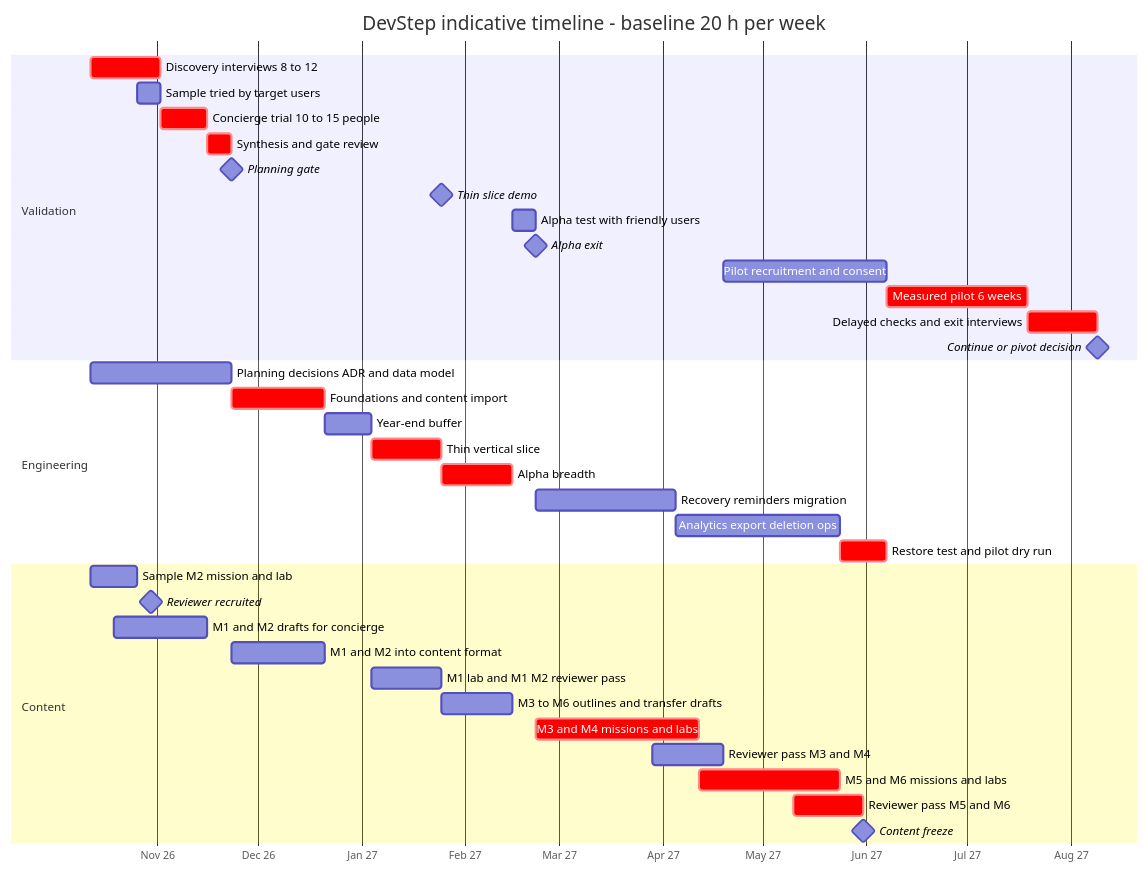
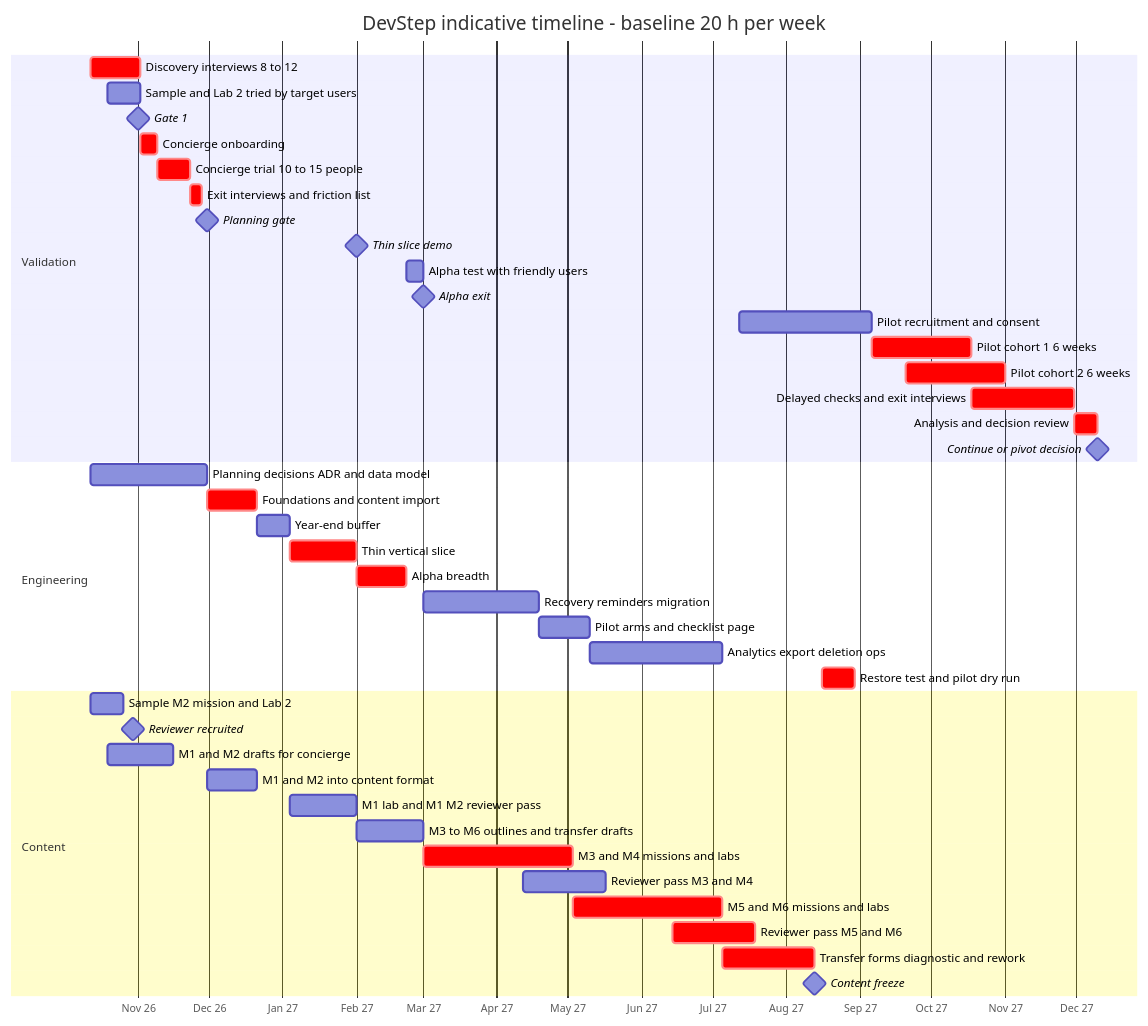
One commit to GhanshyamSoni68/app_idea changed the first of 2 diagrams in devstep/docs/12-delivery-plan.md. Above: the diagram before and after it, drawn with Mermaid. The commit also changed other lines of this file and 8 other files, not shown here.

First line of the commit message:
Apply cross-review rulings to planning docs (in progress)

````diff
--- a/devstep/docs/12-delivery-plan.md
+++ b/devstep/docs/12-delivery-plan.md
@@ -196,43 +195,49 @@
 ```mermaid
 gantt
     title DevStep indicative timeline - baseline 20 h per week
     dateFormat YYYY-MM-DD
     axisFormat %b %y
 
     section Validation
     Discovery interviews 8 to 12          :crit, v1, 2026-10-12, 21d
-    Sample tried by target users          :v2, 2026-10-26, 7d
-    Concierge trial 10 to 15 people       :crit, v3, 2026-11-02, 14d
-    Synthesis and gate review             :crit, v4, after v3, 7d
-    Planning gate                         :milestone, m1, 2026-11-23, 0d
-    Thin slice demo                       :milestone, m2, 2027-01-25, 0d
-    Alpha test with friendly users        :v5, 2027-02-15, 7d
-    Alpha exit                            :milestone, m3, 2027-02-22, 0d
-    Pilot recruitment and consent         :v6, 2027-04-19, 49d
-    Measured pilot 6 weeks                :crit, v7, 2027-06-07, 42d
-    Delayed checks and exit interviews    :crit, v8, after v7, 21d
-    Continue or pivot decision            :milestone, m6, 2027-08-09, 0d
+    Sample and Lab 2 tried by target users :v2, 2026-10-19, 14d
+    Gate 1                                :milestone, g1, 2026-11-01, 0d
+    Concierge onboarding                  :crit, v3a, 2026-11-02, 7d
+    Concierge trial 10 to 15 people       :crit, v3, 2026-11-09, 14d
+    Exit interviews and friction list     :crit, v4, 2026-11-23, 5d
+    Planning gate                         :milestone, m1, 2026-11-30, 0d
+    Thin slice demo                       :milestone, m2, 2027-02-01, 0d
+    Alpha test with friendly users        :v5, 2027-02-22, 7d
+    Alpha exit                            :milestone, m3, 2027-03-01, 0d
+    Pilot recruitment and consent         :v6, 2027-07-12, 56d
+    Pilot cohort 1 6 weeks                :crit, v7, 2027-09-06, 42d
+    Pilot cohort 2 6 weeks                :crit, v7b, 2027-09-20, 42d
+    Delayed checks and exit interviews    :crit, v8, 2027-10-18, 43d
+    Analysis and decision review          :crit, v9, 2027-11-30, 10d
+    Continue or pivot decision            :milestone, m6, 2027-12-10, 0d
 
     section Engineering
-    Planning decisions ADR and data model :e0, 2026-10-12, 42d
-    Foundations and content import        :crit, e1, 2026-11-23, 28d
+    Planning decisions ADR and data model :e0, 2026-10-12, 49d
+    Foundations and content import        :crit, e1, 2026-11-30, 21d
     Year-end buffer                       :e1b, 2026-12-21, 14d
-    Thin vertical slice                   :crit, e2, 2027-01-04, 21d
-    Alpha breadth                         :crit, e3, 2027-01-25, 21d
-    Recovery reminders migration          :e4, 2027-02-22, 42d
-    Analytics export deletion ops         :e5, 2027-04-05, 49d
-    Restore test and pilot dry run        :crit, e6, 2027-05-24, 14d
+    Thin vertical slice                   :crit, e2, 2027-01-04, 28d
+    Alpha breadth                         :crit, e3, 2027-02-01, 21d
+    Recovery reminders migration          :e4, 2027-03-01, 49d
+    Pilot arms and checklist page         :e7, after e4, 21d
+    Analytics export deletion ops         :e5, after e7, 56d
+    Restore test and pilot dry run        :crit, e6, 2027-08-16, 14d
 
     section Content
-    Sample M2 mission and lab             :c1, 2026-10-12, 14d
+    Sample M2 mission and Lab 2           :c1, 2026-10-12, 14d
     Reviewer recruited                    :milestone, m0, 2026-10-30, 0d
     M1 and M2 drafts for concierge        :c2, 2026-10-19, 28d
-    M1 and M2 into content format         :c3, 2026-11-23, 28d
-    M1 lab and M1 M2 reviewer pass        :c3b, 2027-01-04, 21d
-    M3 to M6 outlines and transfer drafts :c4, 2027-01-25, 21d
-    M3 and M4 missions and labs           :crit, c5, 2027-02-22, 49d
-    Reviewer pass M3 and M4               :c7, 2027-03-29, 21d
-    M5 and M6 missions and labs           :crit, c6, 2027-04-12, 42d
-    Reviewer pass M5 and M6               :crit, c8, 2027-05-10, 21d
-    Content freeze                        :milestone, m4, 2027-05-31, 0d
+    M1 and M2 into content format         :c3, 2026-11-30, 21d
+    M1 lab and M1 M2 reviewer pass        :c3b, 2027-01-04, 28d
+    M3 to M6 outlines and transfer drafts :c4, 2027-02-01, 28d
+    M3 and M4 missions and labs           :crit, c5, 2027-03-01, 63d
+    Reviewer pass M3 and M4               :c7, 2027-04-12, 35d
+    M5 and M6 missions and labs           :crit, c6, 2027-05-03, 63d
+    Reviewer pass M5 and M6               :crit, c8, 2027-06-14, 35d
+    Transfer forms diagnostic and rework  :crit, c9, 2027-07-05, 39d
+    Content freeze                        :milestone, m4, 2027-08-13, 0d
 ```
````
